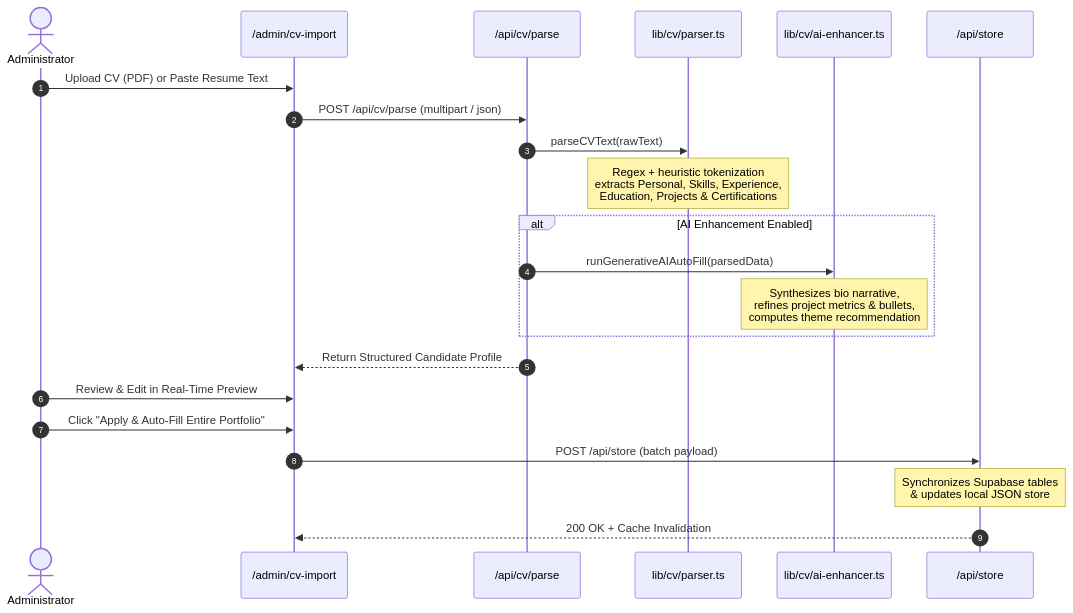
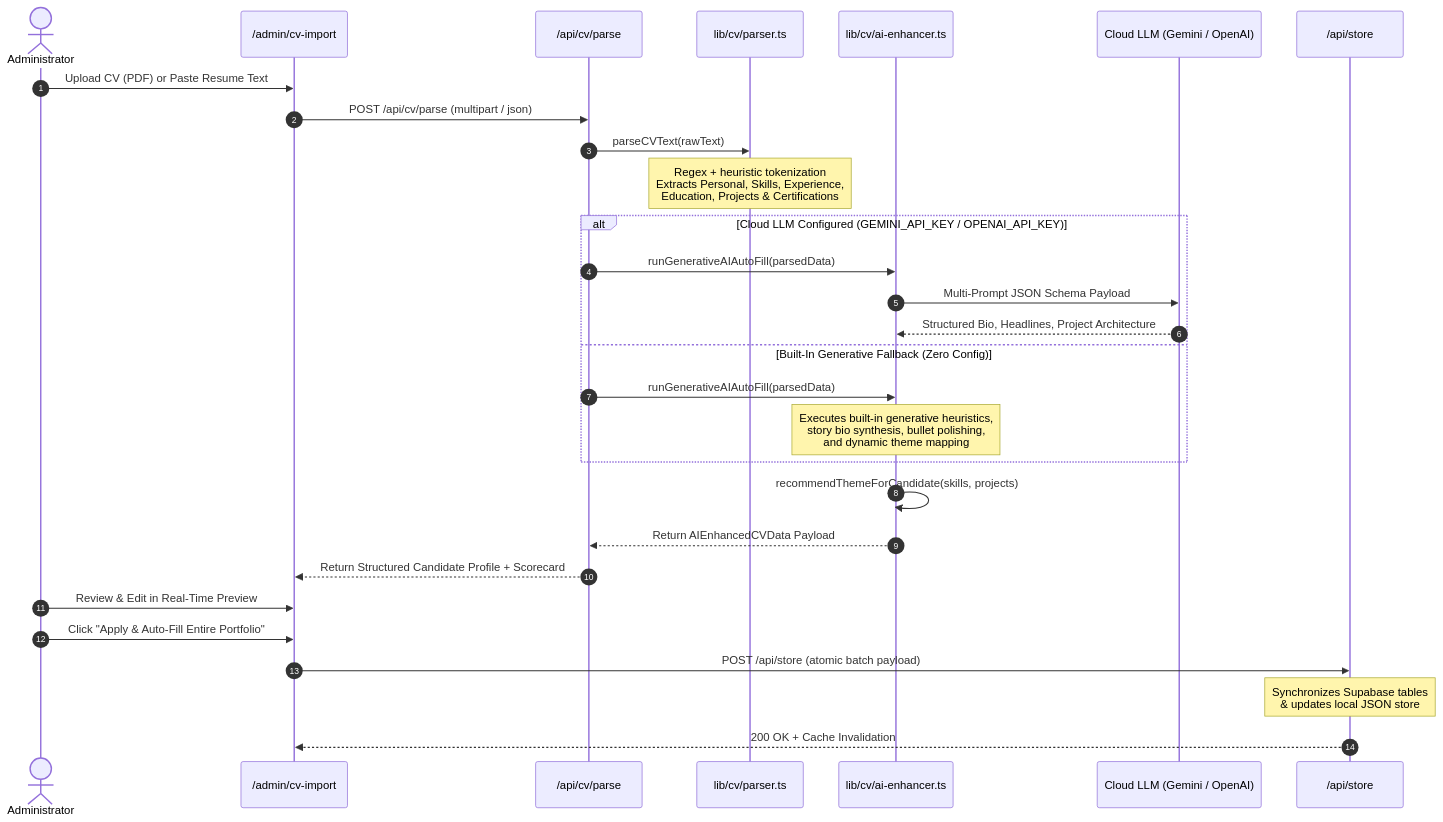
Before and after one commit to martinwassimx/portfolio-with-admin-panel: the second of 2 diagrams in docs/ARCHITECTURE.md, drawn with Mermaid. The commit also changed other lines of this file and 7 other files, not shown here.

````diff
--- a/docs/ARCHITECTURE.md
+++ b/docs/ARCHITECTURE.md
@@ -103,25 +110,32 @@
 ```mermaid
 sequenceDiagram
     autonumber
     actor Admin as Administrator
     participant UI as /admin/cv-import
     participant Route as /api/cv/parse
     participant Parser as lib/cv/parser.ts
     participant AI as lib/cv/ai-enhancer.ts
+    participant LLM as Cloud LLM (Gemini / OpenAI)
     participant Store as /api/store
 
     Admin->>UI: Upload CV (PDF) or Paste Resume Text
     UI->>Route: POST /api/cv/parse (multipart / json)
     Route->>Parser: parseCVText(rawText)
-    Note over Parser: Regex + heuristic tokenization<br/>extracts Personal, Skills, Experience,<br/>Education, Projects & Certifications
-    alt AI Enhancement Enabled
+    Note over Parser: Regex + heuristic tokenization<br/>Extracts Personal, Skills, Experience,<br/>Education, Projects & Certifications
+    alt Cloud LLM Configured (GEMINI_API_KEY / OPENAI_API_KEY)
         Route->>AI: runGenerativeAIAutoFill(parsedData)
-        Note over AI: Synthesizes bio narrative,<br/>refines project metrics & bullets,<br/>computes theme recommendation
+        AI->>LLM: Multi-Prompt JSON Schema Payload
+        LLM-->>AI: Structured Bio, Headlines, Project Architecture
+    else Built-In Generative Fallback (Zero Config)
+        Route->>AI: runGenerativeAIAutoFill(parsedData)
+        Note over AI: Executes built-in generative heuristics,<br/>story bio synthesis, bullet polishing,<br/>and dynamic theme mapping
     end
-    Route-->>UI: Return Structured Candidate Profile
+    AI->>AI: recommendThemeForCandidate(skills, projects)
+    AI-->>Route: Return AIEnhancedCVData Payload
+    Route-->>UI: Return Structured Candidate Profile + Scorecard
     Admin->>UI: Review & Edit in Real-Time Preview
     Admin->>UI: Click "Apply & Auto-Fill Entire Portfolio"
-    UI->>Store: POST /api/store (batch payload)
+    UI->>Store: POST /api/store (atomic batch payload)
     Note over Store: Synchronizes Supabase tables<br/>& updates local JSON store
     Store-->>UI: 200 OK + Cache Invalidation
 ```
````
